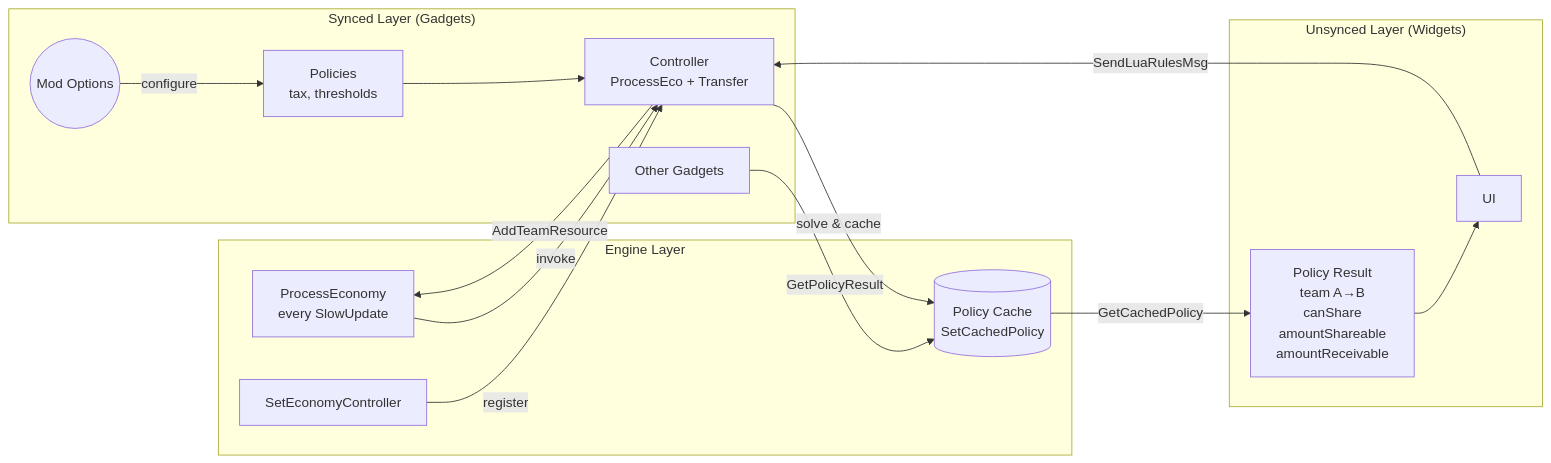
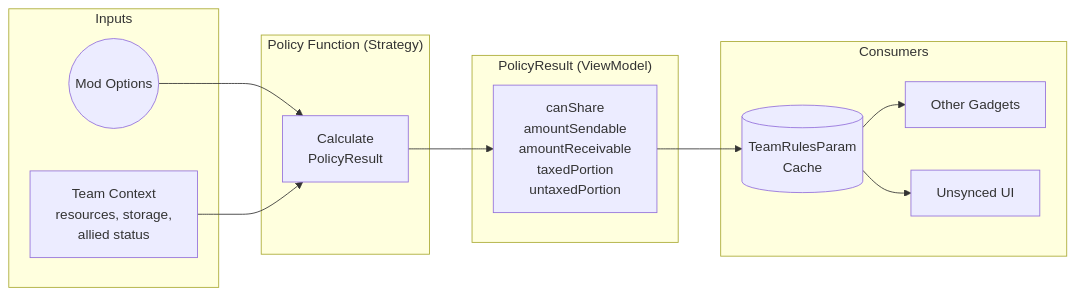
One commit to keithharvey/bar-design-docs changed the third of 5 diagrams in game_economy/explain_policies.md. Above: the diagram before and after it, drawn with Mermaid. The commit also changed other lines of this file and 1 other file, not shown here.

Commit message:
explain policies info dump finished

````diff
--- a/game_economy/explain_policies.md
+++ b/game_economy/explain_policies.md
@@ -48,34 +107,28 @@
 ```mermaid
 flowchart LR
-    subgraph Engine["Engine Layer"]
-        E_PE[ProcessEconomy<br/>every SlowUpdate]
-        E_SetCtrl[SetEconomyController]
-        E_Cache[(Policy Cache<br/>SetCachedPolicy)]
+    subgraph Inputs
+        ModOpts((Mod Options))
+        Context[Team Context<br/>resources, storage,<br/>allied status]
     end
     
-    subgraph Synced["Synced Layer (Gadgets)"]
-        Ctrl[Controller<br/>ProcessEco + Transfer]
-        Policies[Policies<br/>tax, thresholds]
-        ModOpts((Mod Options))
-        OtherGadgets[Other Gadgets]
+    subgraph Policy["Policy Function (Strategy)"]
+        Calc[Calculate<br/>PolicyResult]
     end
     
-    subgraph Unsynced["Unsynced Layer (Widgets)"]
-        UI[UI]
-        ViewModel[Policy Result<br/>team A→B<br/>canShare<br/>amountShareable<br/>amountReceivable]
+    subgraph Output["PolicyResult (ViewModel)"]
+        Result[canShare<br/>amountSendable<br/>amountReceivable<br/>taxedPortion<br/>untaxedPortion]
     end
     
-    E_SetCtrl -->|register| Ctrl
-    E_PE -->|invoke| Ctrl
-    Ctrl -->|solve & cache| E_Cache
+    subgraph Consumers
+        Cache[(TeamRulesParam<br/>Cache)]
+        Gadgets[Other Gadgets]
+        UI[Unsynced UI]
+    end
     
-    ModOpts -->|configure| Policies
-    Policies --> Ctrl
-    
-    E_Cache -->|GetCachedPolicy| ViewModel
-    ViewModel --> UI
-    UI -->|SendLuaRulesMsg| Ctrl
-    Ctrl -->|AddTeamResource| E_PE
-    
-    OtherGadgets -->|GetPolicyResult| E_Cache
+    ModOpts --> Calc
+    Context --> Calc
+    Calc --> Result
+    Result --> Cache
+    Cache --> Gadgets
+    Cache --> UI
 ```
````
